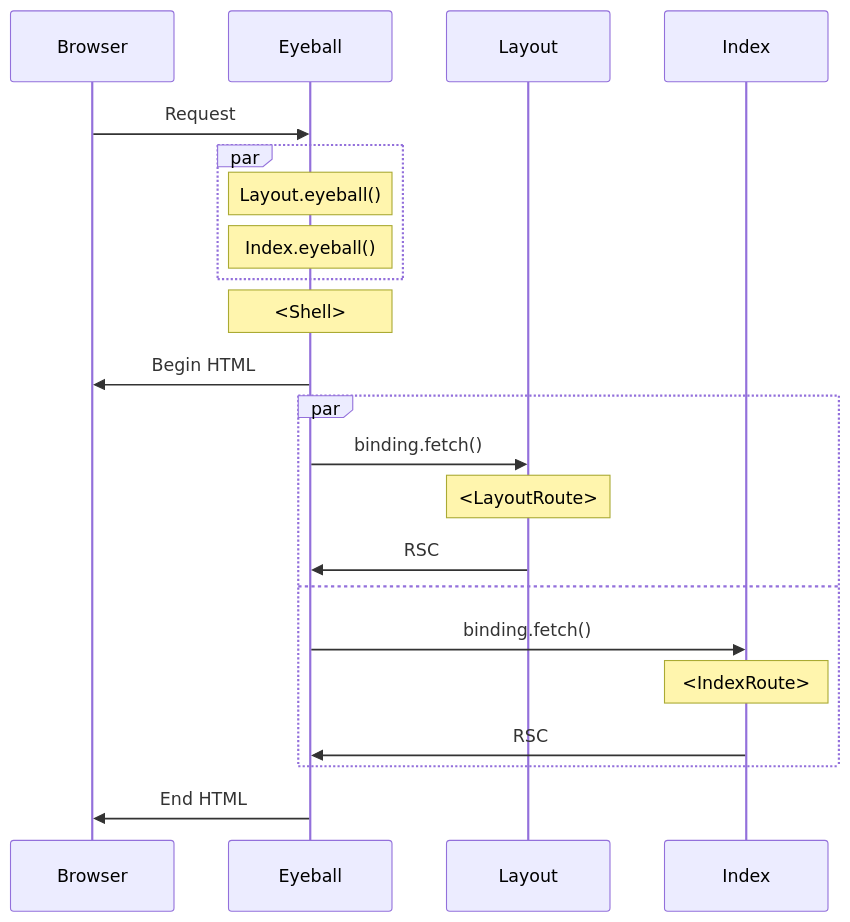
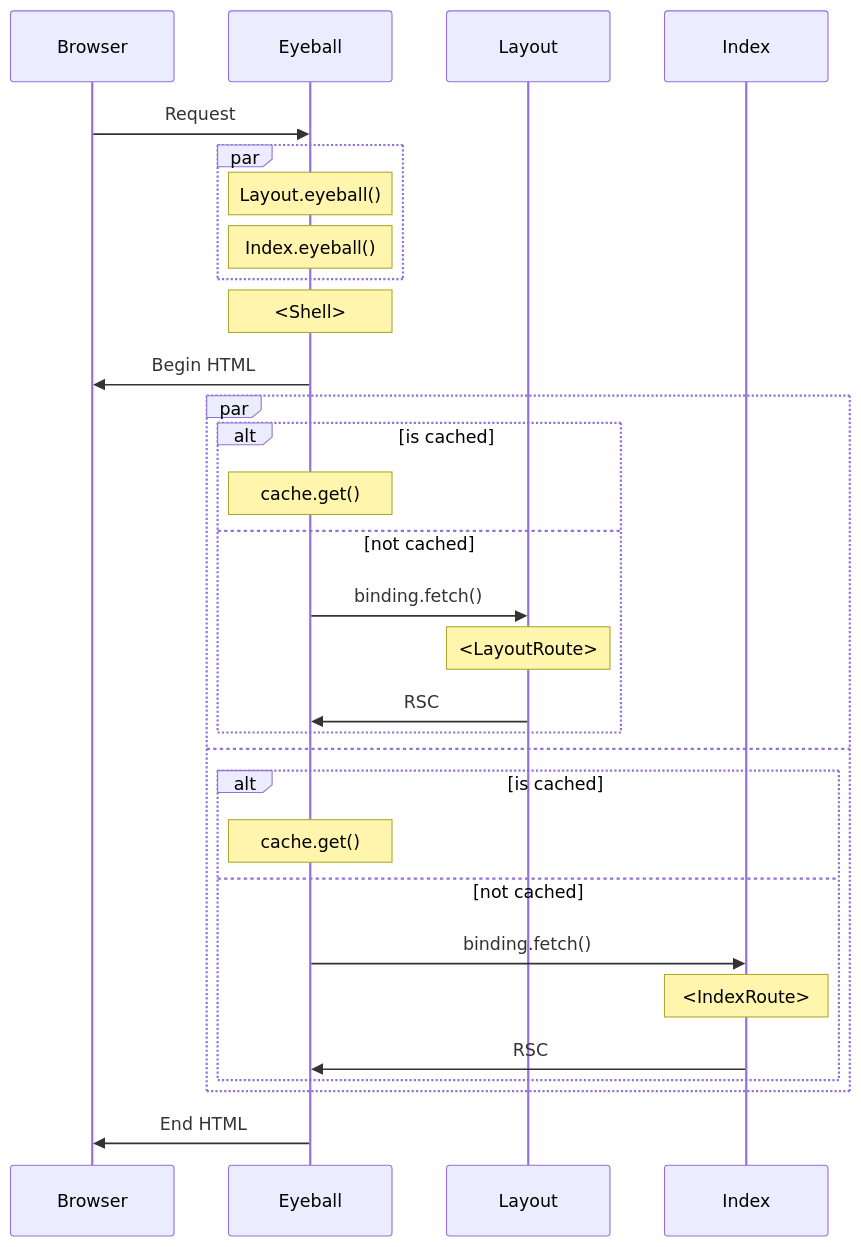
The diagram in examples/basic/README.md (jacob-ebey/react-framework), drawn with Mermaid before and after one commit. The commit also changed 4 other files, not shown here.

````diff
--- a/examples/basic/README.md
+++ b/examples/basic/README.md
@@ -1,20 +1,28 @@
 ```mermaid
 sequenceDiagram
     Browser->>Eyeball: Request
     par
         Note over Eyeball: Layout.eyeball()
         Note over Eyeball: Index.eyeball()
     end
     Note over Eyeball: <Shell>
     Eyeball->>Browser: Begin HTML
     par
-        Eyeball->>Layout: binding.fetch()
-        Note over Layout: <LayoutRoute>
-        Layout->>Eyeball: RSC
+        alt is cached
+            Note over Eyeball: cache.get()
+        else not cached
+            Eyeball->>Layout: binding.fetch()
+            Note over Layout: <LayoutRoute>
+            Layout->>Eyeball: RSC
+        end
     and
-        Eyeball->>Index: binding.fetch()
-        Note over Index: <IndexRoute>
-        Index->>Eyeball: RSC
+        alt is cached
+            Note over Eyeball: cache.get()
+        else not cached
+            Eyeball->>Index: binding.fetch()
+            Note over Index: <IndexRoute>
+            Index->>Eyeball: RSC
+        end
     end
     Eyeball->>Browser: End HTML
 ```
````
